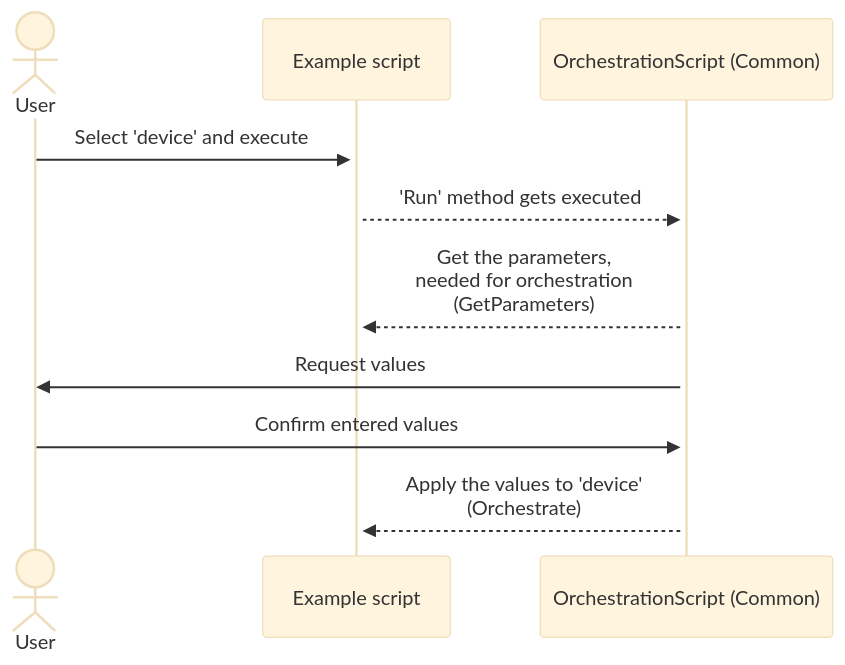
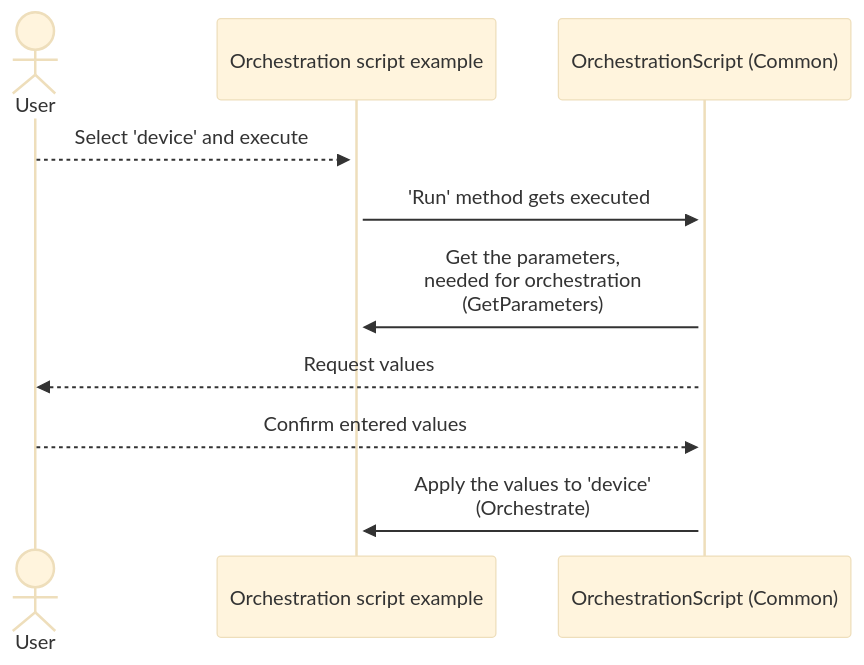
Before and after one commit to SkylineCommunications/SLC-S-OrchestrationHelperExample: the first of 3 diagrams in README.md, drawn with Mermaid (base theme). The commit also changed other lines of this file and 3 other files, not shown here.

````diff
--- a/README.md
+++ b/README.md
@@ -22,12 +32,12 @@
 ```mermaid
 sequenceDiagram
     actor U as User
-    participant E as Example script
+    participant E as Orchestration script example
     participant O as OrchestrationScript (Common)
-    U->>+E: Select 'device' and execute
-    E-->>+O: 'Run' method gets executed
-    O-->>E: Get the parameters,<br/>needed for orchestration<br/>(GetParameters)
-    O->>U: Request values
-    U->>O: Confirm entered values
-    O-->>E: Apply the values to 'device'<br/>(Orchestrate)
+    U-->>+E: Select 'device' and execute
+    E->>+O: 'Run' method gets executed
+    O->>E: Get the parameters,<br/>needed for orchestration<br/>(GetParameters)
+    O-->>U: Request values
+    U-->>O: Confirm entered values
+    O->>E: Apply the values to 'device'<br/>(Orchestrate)
 ```
````
